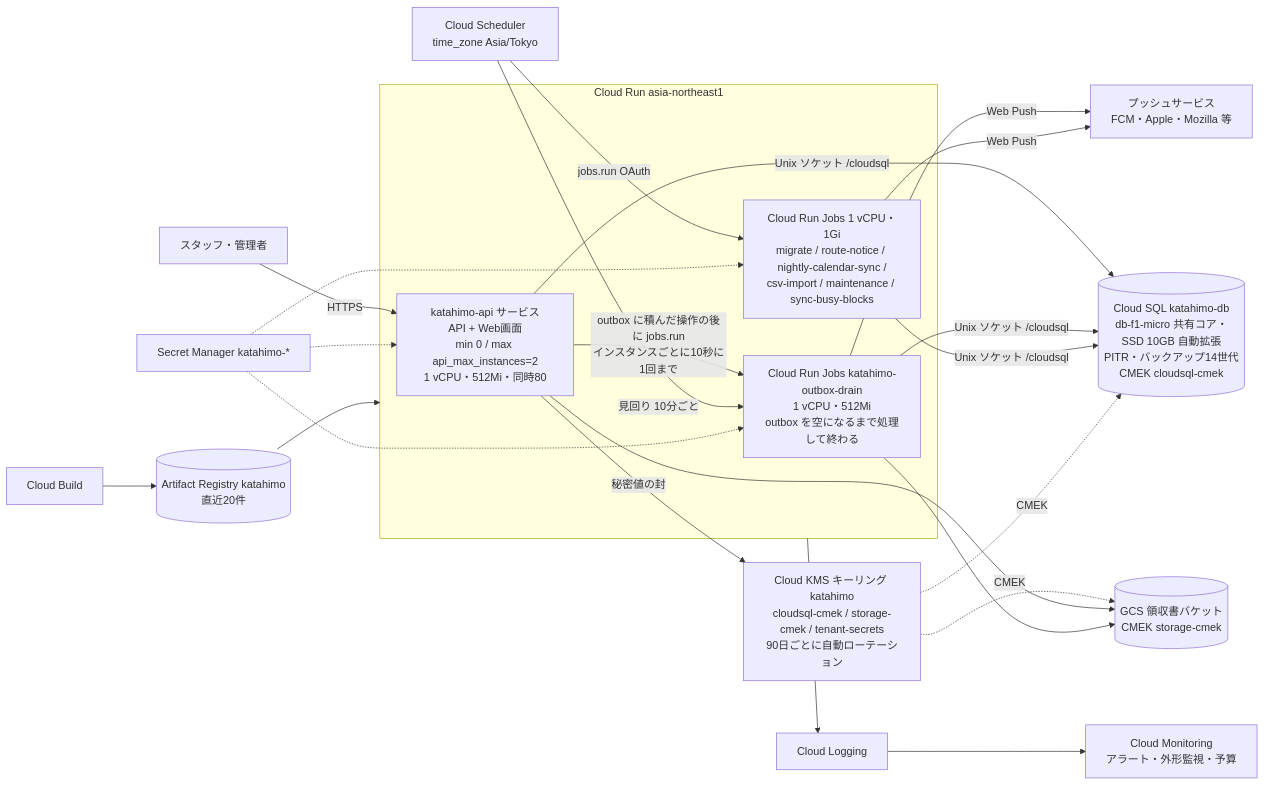
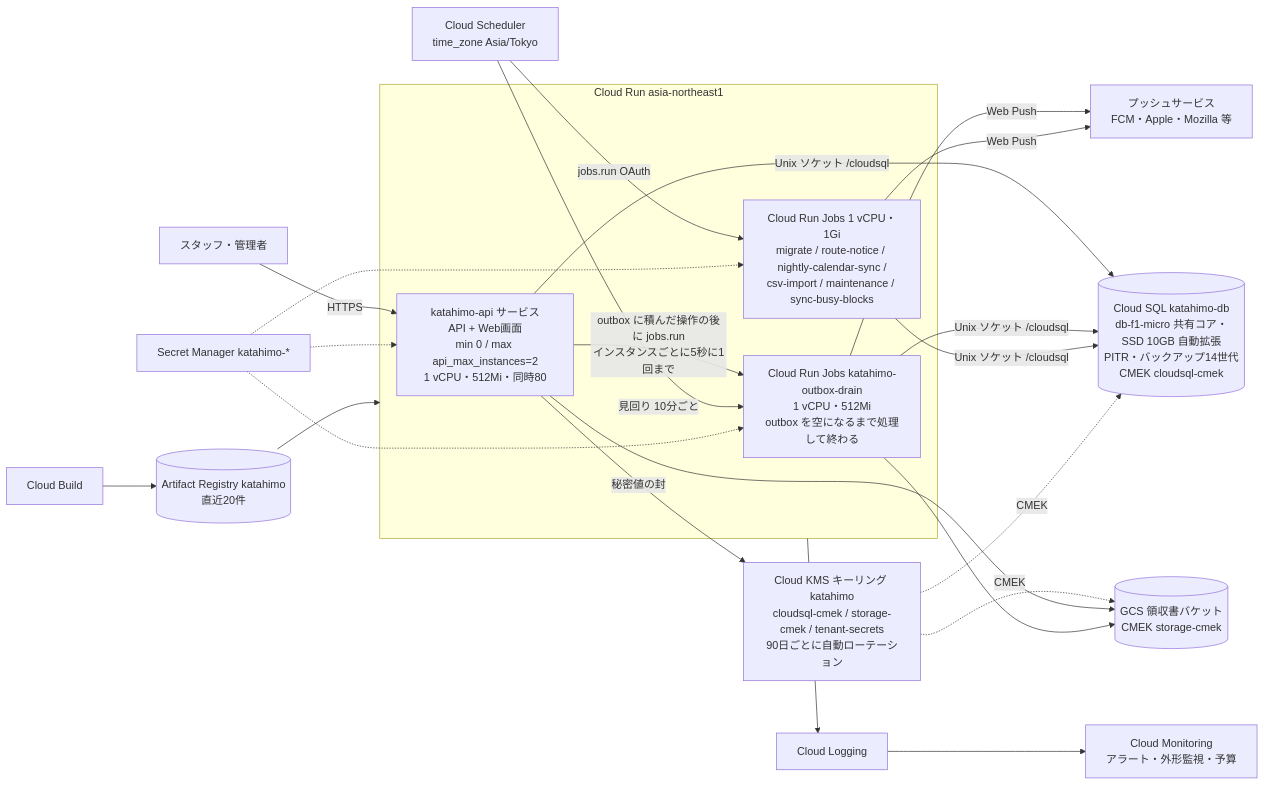
One commit to katahimo-dev/katahimo-app changed the diagram in doc/07_インフラ・運用.md. Above: the diagram before and after it, drawn with Mermaid. The commit also changed other lines of this file and 20 other files, not shown here.

First line of the commit message:
outbox-drain の起動の依頼をリクエストの中だけにし、接続・期限・予算・監視の既定を合わせる

````diff
--- a/doc/07_インフラ・運用.md
+++ b/doc/07_インフラ・運用.md
@@ -23,22 +23,22 @@
 ```mermaid
 flowchart LR
   user[スタッフ・管理者] -->|HTTPS| api
   subgraph run[Cloud Run asia-northeast1]
     api[katahimo-api サービス<br/>API + Web画面<br/>min 0 / max api_max_instances=2<br/>1 vCPU・512Mi・同時80]
     drain[Cloud Run Jobs katahimo-outbox-drain<br/>1 vCPU・512Mi<br/>outbox を空になるまで処理して終わる]
     jobs[Cloud Run Jobs 1 vCPU・1Gi<br/>migrate / route-notice / nightly-calendar-sync /<br/>csv-import / maintenance / sync-busy-blocks]
   end
-  api -->|outbox に積んだ操作の後に jobs.run<br/>インスタンスごとに10秒に1回まで| drain
+  api -->|outbox に積んだ操作の後に jobs.run<br/>インスタンスごとに5秒に1回まで| drain
   drain & jobs -->|Web Push| pushsvc[プッシュサービス<br/>FCM・Apple・Mozilla 等]
   sched[Cloud Scheduler<br/>time_zone Asia/Tokyo] -->|jobs.run OAuth| jobs
   sched -->|見回り 10分ごと| drain
   api & drain & jobs -->|Unix ソケット /cloudsql| sql[(Cloud SQL katahimo-db<br/>db-f1-micro 共有コア・SSD 10GB 自動拡張<br/>PITR・バックアップ14世代<br/>CMEK cloudsql-cmek)]
   kms[Cloud KMS キーリング katahimo<br/>cloudsql-cmek / storage-cmek / tenant-secrets<br/>90日ごとに自動ローテーション]
   kms -.->|CMEK| sql & gcs
   api -->|秘密値の封| kms
   sm[Secret Manager katahimo-*] -.-> api & drain & jobs
   api --> gcs[(GCS 領収書バケット<br/>CMEK storage-cmek)]
   drain --> gcs
   cb[Cloud Build] --> ar[(Artifact Registry katahimo<br/>直近20件)] --> run
   run --> logging[Cloud Logging] --> mon[Cloud Monitoring<br/>アラート・外形監視・予算]
 ```
````
